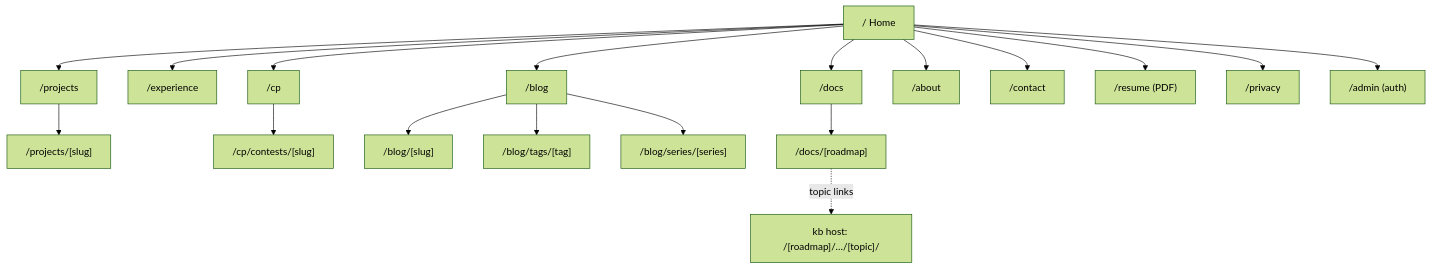
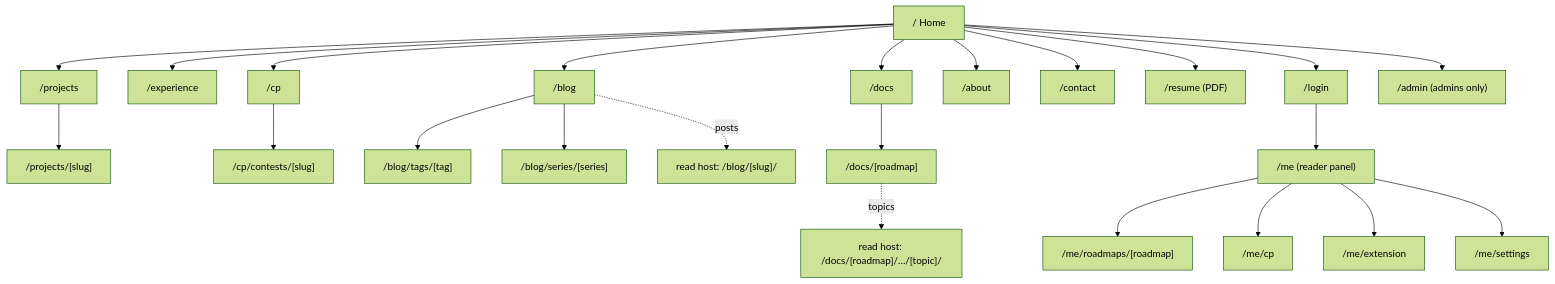
The first of 2 diagrams in docs/03-information-architecture.md (eyasir329/portfolio), drawn with Mermaid (forest theme) before and after one commit. The commit also changed other lines of this file and 25 other files, not shown here.

````diff
--- a/docs/03-information-architecture.md
+++ b/docs/03-information-architecture.md
@@ -23,20 +24,20 @@
 ```mermaid
 flowchart TD
-  H["/ Home"] --> W["/projects"]
-  W --> WD["/projects/[slug]"]
+  H["/ Home"] --> W["/projects"] --> WD["/projects/[slug]"]
   H --> E["/experience"]
-  H --> CP["/cp"]
-  CP --> CPC["/cp/contests/[slug]"]
-  H --> B["/blog"]
-  B --> BP["/blog/[slug]"]
-  B --> BT["/blog/tags/[tag]"]
+  H --> CP["/cp"] --> CPC["/cp/contests/[slug]"]
+  H --> B["/blog"] --> BT["/blog/tags/[tag]"]
   B --> BS["/blog/series/[series]"]
-  H --> D["/docs"]
-  D --> DR["/docs/[roadmap]"]
-  DR -. "topic links" .-> KB["kb host: /[roadmap]/…/[topic]/"]
+  B -. "posts" .-> RB["read host: /blog/[slug]/"]
+  H --> D["/docs"] --> DR["/docs/[roadmap]"]
+  DR -. "topics" .-> RD["read host: /docs/[roadmap]/…/[topic]/"]
   H --> A["/about"]
   H --> C["/contact"]
   H --> R["/resume (PDF)"]
-  H --> P["/privacy"]
-  H --> ADM["/admin (auth)"]
+  H --> L["/login"] --> ME["/me (reader panel)"]
+  ME --> MER["/me/roadmaps/[roadmap]"]
+  ME --> MEC["/me/cp"]
+  ME --> MEX["/me/extension"]
+  ME --> MES["/me/settings"]
+  H --> ADM["/admin (admins only)"]
 ```
````
